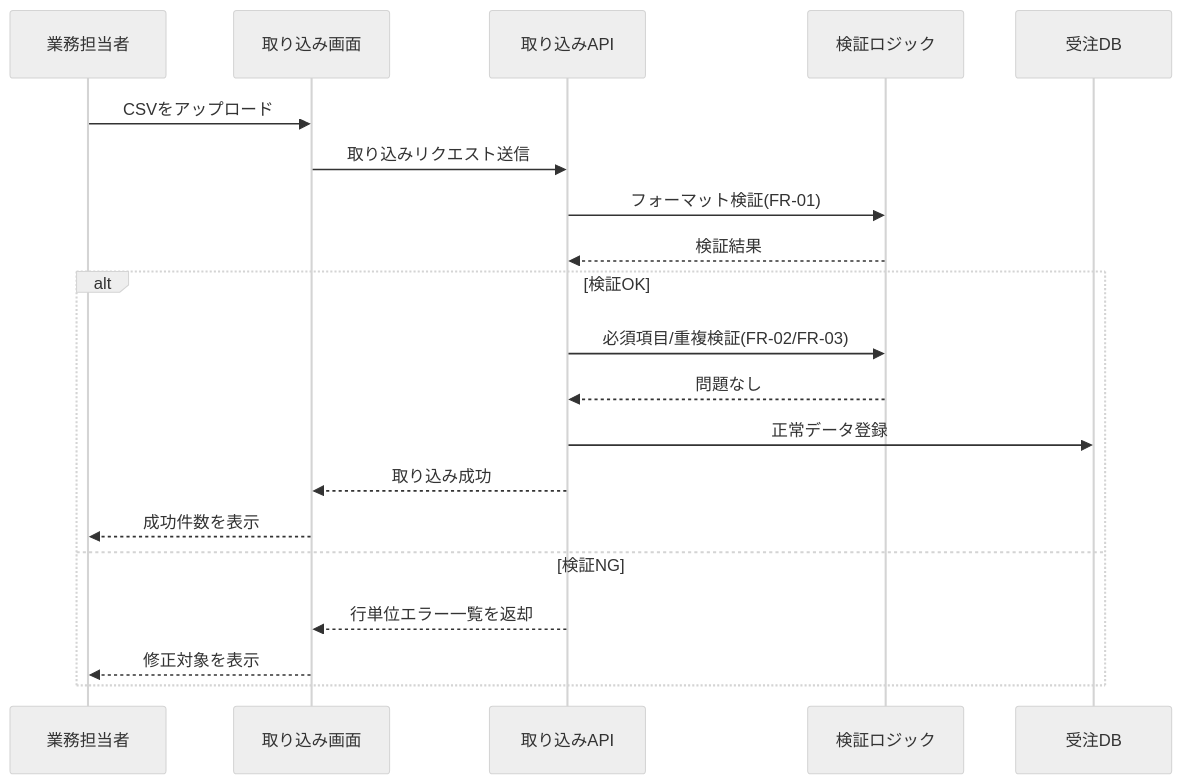
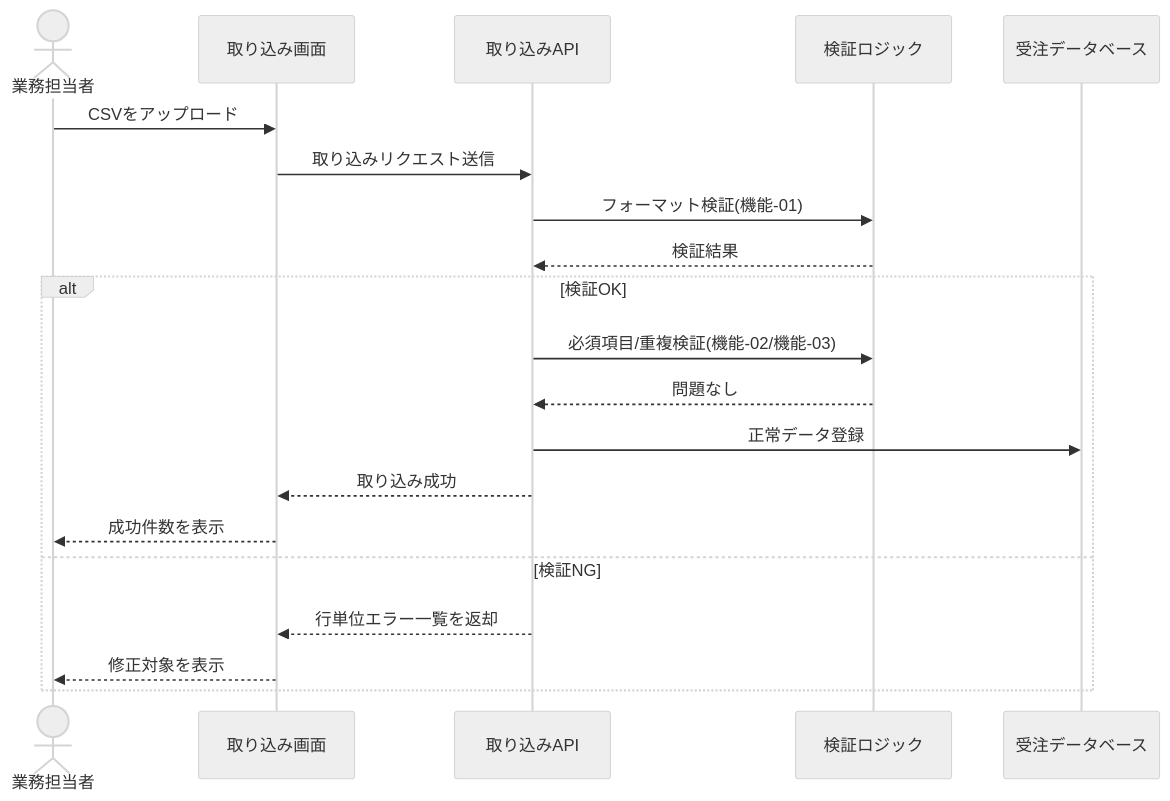
One commit to shioki/requirements-to-spec-template changed the second of 2 diagrams in examples/order-management-sample.md. Above: the diagram before and after it, drawn with Mermaid (neutral theme). The commit also changed other lines of this file and 12 other files, not shown here.

````diff
--- a/examples/order-management-sample.md
+++ b/examples/order-management-sample.md
@@ -19,23 +19,23 @@
 ```mermaid
 sequenceDiagram
-  participant User as 業務担当者
+  actor User as 業務担当者
   participant UI as 取り込み画面
   participant App as 取り込みAPI
   participant Validator as 検証ロジック
-  participant DB as 受注DB
+  participant DB as 受注データベース
 
   User->>UI: CSVをアップロード
   UI->>App: 取り込みリクエスト送信
-  App->>Validator: フォーマット検証(FR-01)
+  App->>Validator: フォーマット検証(機能-01)
   Validator-->>App: 検証結果
   alt 検証OK
-    App->>Validator: 必須項目/重複検証(FR-02/FR-03)
+    App->>Validator: 必須項目/重複検証(機能-02/機能-03)
     Validator-->>App: 問題なし
     App->>DB: 正常データ登録
     App-->>UI: 取り込み成功
     UI-->>User: 成功件数を表示
   else 検証NG
     App-->>UI: 行単位エラー一覧を返却
     UI-->>User: 修正対象を表示
   end
 ```
````
